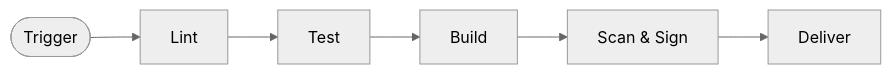
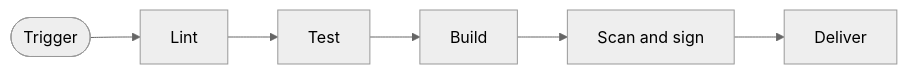
One commit to SavenkovIgor/railing changed the first of 3 diagrams in skills/bp/references/cicd.md. Above: the diagram before and after it, drawn with Mermaid (neutral theme). The commit also changed other lines of this file and 25 other files, not shown here.

````diff
--- a/skills/bp/references/cicd.md
+++ b/skills/bp/references/cicd.md
@@ -94,15 +94,15 @@
 ```mermaid
 flowchart LR
     TRIGGER([Trigger])
     LINT[Lint]
     TEST[Test]
     BUILD[Build]
-    SCAN[Scan & Sign]
+    SCAN[Scan and sign]
     DELIVER[Deliver]
 
     TRIGGER --> LINT
     LINT --> TEST
     TEST --> BUILD
     BUILD --> SCAN
     SCAN --> DELIVER
 ```
````
